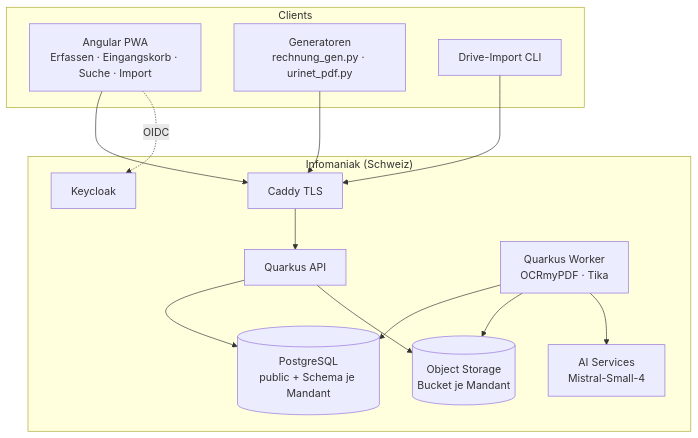
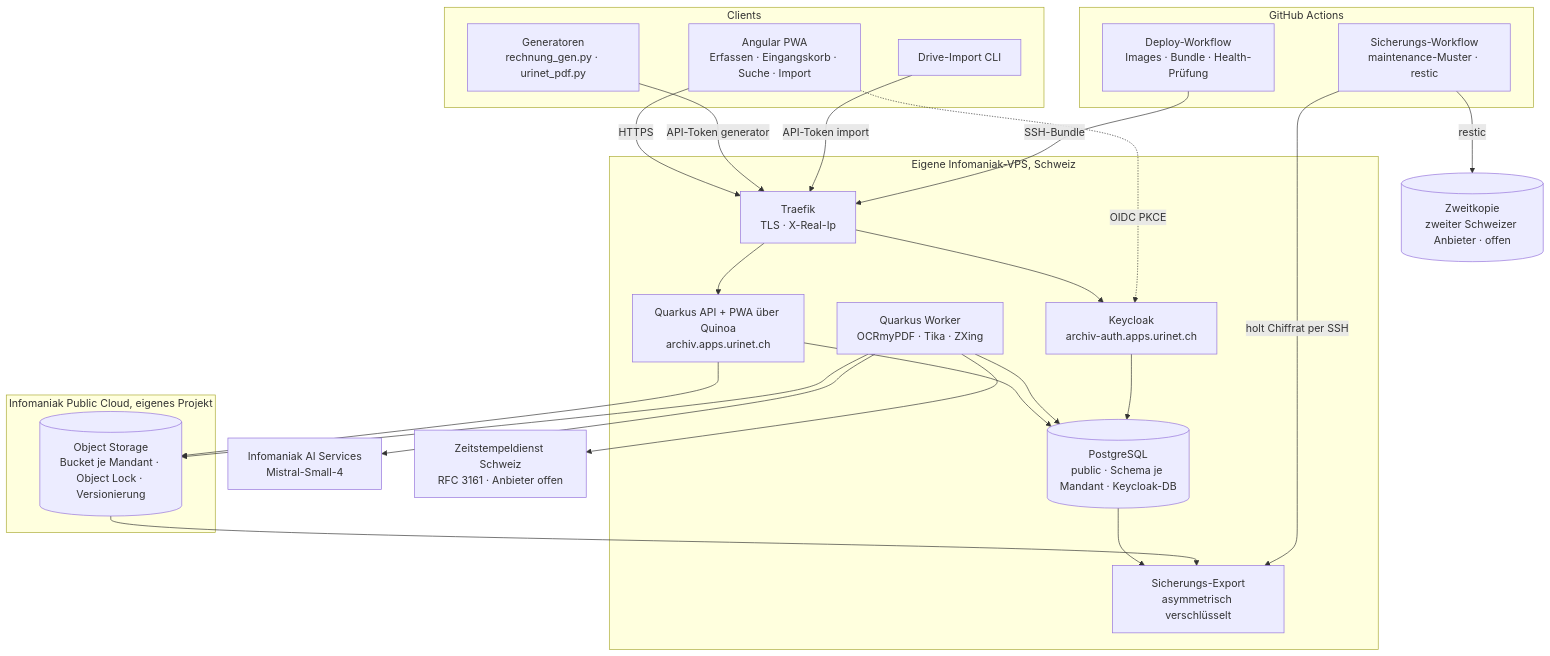
The first of 3 diagrams in .kiro/specs/01-archiv-kern/design.md (Urinet-ch/dokumentenmanagement), drawn with Mermaid before and after one commit. The commit also changed other lines of this file and 15 other files, not shown here.

````diff
--- a/.kiro/specs/01-archiv-kern/design.md
+++ b/.kiro/specs/01-archiv-kern/design.md
@@ -19,26 +29,44 @@
 ```mermaid
 flowchart TB
   subgraph Clients
-    PWA[Angular PWA<br/>Erfassen · Eingangskorb · Suche · Import]
-    GEN[Generatoren<br/>rechnung_gen.py · urinet_pdf.py]
-    CLI[Drive-Import CLI]
+    PWA["Angular PWA<br/>Erfassen · Eingangskorb · Suche · Import"]
+    GEN["Generatoren<br/>rechnung_gen.py · urinet_pdf.py"]
+    CLI["Drive-Import CLI"]
   end
-  subgraph Infomaniak["Infomaniak (Schweiz)"]
-    CADDY[Caddy TLS]
-    KC[Keycloak]
-    API[Quarkus API]
-    WRK[Quarkus Worker<br/>OCRmyPDF · Tika]
-    PG[(PostgreSQL<br/>public + Schema je Mandant)]
-    S3[(Object Storage<br/>Bucket je Mandant)]
-    AI[AI Services<br/>Mistral-Small-4]
+  subgraph GH["GitHub Actions"]
+    DEP["Deploy-Workflow<br/>Images · Bundle · Health-Prüfung"]
+    SIC["Sicherungs-Workflow<br/>maintenance-Muster · restic"]
   end
-  PWA --> CADDY --> API
-  GEN --> CADDY
-  CLI --> CADDY
-  PWA -. OIDC .-> KC
+  subgraph VPS["Eigene Infomaniak-VPS, Schweiz"]
+    TR["Traefik<br/>TLS · X-Real-Ip"]
+    KC["Keycloak<br/>archiv-auth.apps.urinet.ch"]
+    API["Quarkus API + PWA über Quinoa<br/>archiv.apps.urinet.ch"]
+    WRK["Quarkus Worker<br/>OCRmyPDF · Tika · ZXing"]
+    PG[("PostgreSQL<br/>public · Schema je Mandant · Keycloak-DB")]
+    EXP["Sicherungs-Export<br/>asymmetrisch verschlüsselt"]
+  end
+  subgraph PC["Infomaniak Public Cloud, eigenes Projekt"]
+    S3[("Object Storage<br/>Bucket je Mandant · Object Lock · Versionierung")]
+  end
+  AI["Infomaniak AI Services<br/>Mistral-Small-4"]
+  TSA["Zeitstempeldienst Schweiz<br/>RFC 3161 · Anbieter offen"]
+  B2[("Zweitkopie<br/>zweiter Schweizer Anbieter · offen")]
+  PWA -->|HTTPS| TR
+  GEN -->|"API-Token generator"| TR
+  CLI -->|"API-Token import"| TR
+  TR --> API
+  TR --> KC
+  PWA -.->|OIDC PKCE| KC
   API --> PG
   API --> S3
   WRK --> PG
   WRK --> S3
   WRK --> AI
+  WRK --> TSA
+  KC --> PG
+  PG --> EXP
+  S3 --> EXP
+  DEP -->|SSH-Bundle| TR
+  SIC -->|"holt Chiffrat per SSH"| EXP
+  SIC -->|restic| B2
 ```
````
